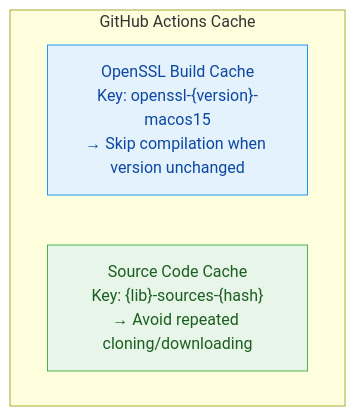
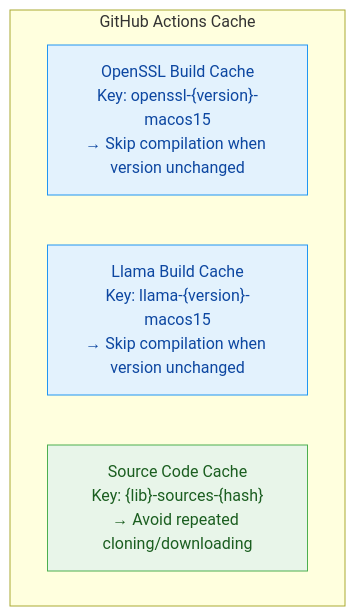
The second of 2 diagrams in README.md (foxterm/xcframework_build), drawn with Mermaid before and after one commit. The commit also changed other lines of this file and 5 other files, not shown here.

First line of the commit message:
feat: add llama.cpp library with XCFramework build pipeline

````diff
--- a/README.md
+++ b/README.md
@@ -70,10 +72,12 @@
 ```mermaid
 graph TD
     subgraph "GitHub Actions Cache"
         O["OpenSSL Build Cache\nKey: openssl-{version}-macos15\n→ Skip compilation when version unchanged"]
+        L["Llama Build Cache\nKey: llama-{version}-macos15\n→ Skip compilation when version unchanged"]
         S["Source Code Cache\nKey: {lib}-sources-{hash}\n→ Avoid repeated cloning/downloading"]
     end
 
     style O fill:#e3f2fd,stroke:#2196f3,color:#0d47a1
+    style L fill:#e3f2fd,stroke:#2196f3,color:#0d47a1
     style S fill:#e8f5e9,stroke:#4caf50,color:#1b5e20
 ```
````
